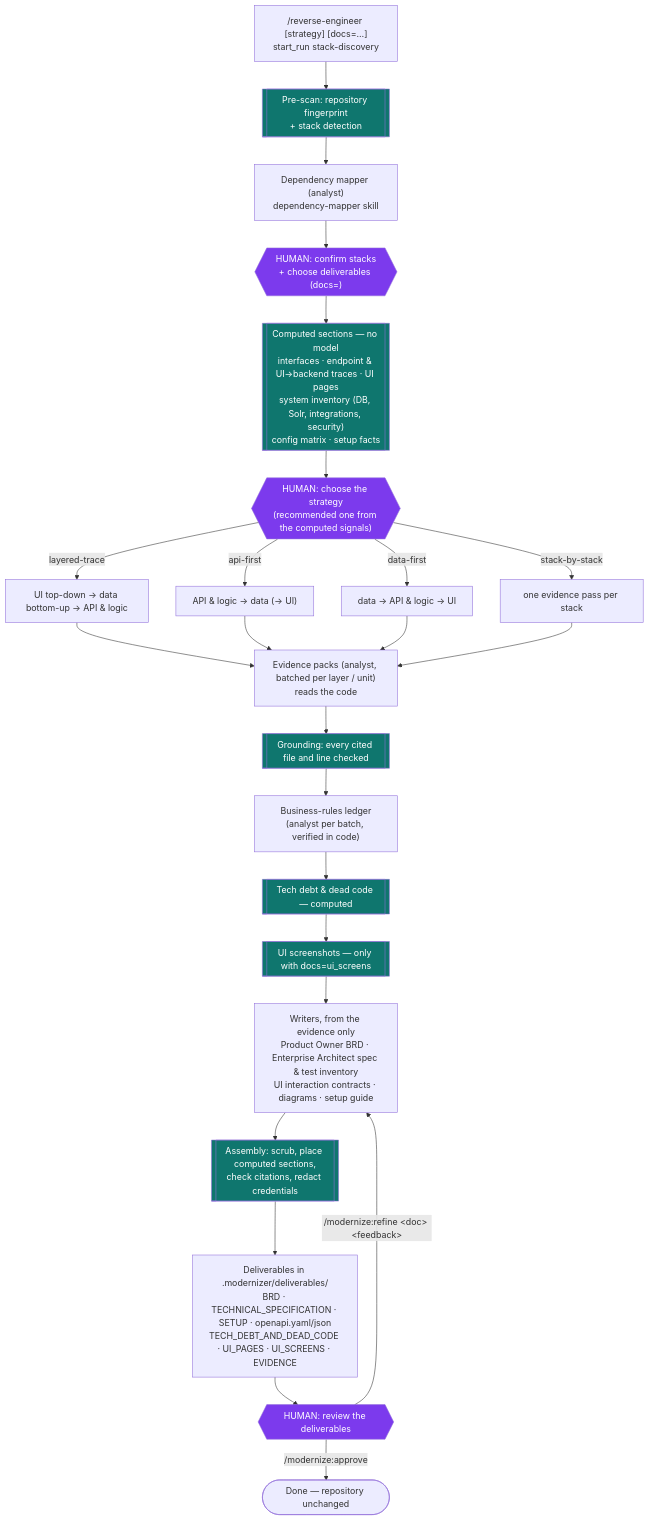
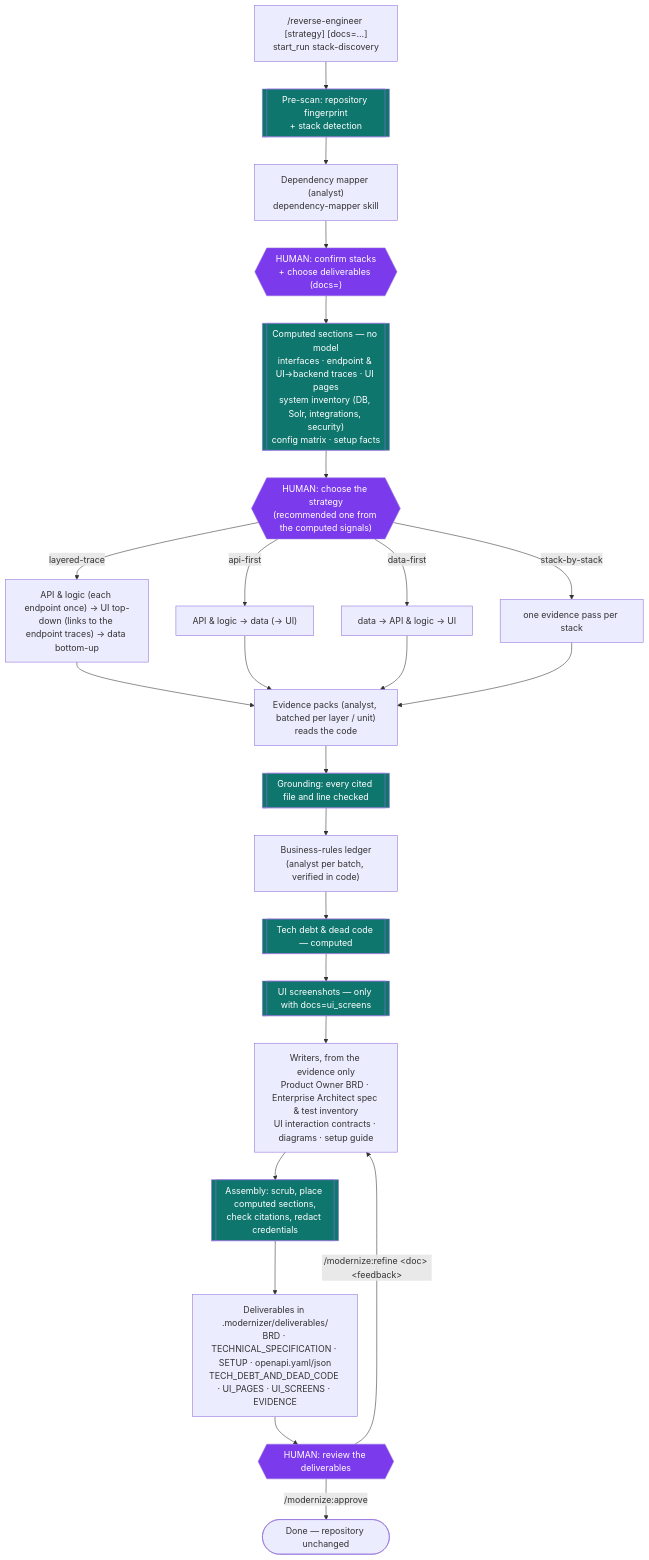
One commit to Sugeesh-suresh/app-modernizer changed the third of 4 diagrams in README.md. Above: the diagram before and after it, drawn with Mermaid. The commit also changed other lines of this file and 9 other files, not shown here.

First line of the commit message:
Layered trace: trace each endpoint once, UI pass links to it

````diff
--- a/README.md
+++ b/README.md
@@ -366,35 +366,35 @@
 ```mermaid
 flowchart TD
     START["/reverse-engineer [strategy] [docs=…]<br/>start_run stack-discovery"] --> PRE[[Pre-scan: repository fingerprint<br/>+ stack detection]]
     PRE --> MAP["Dependency mapper (analyst)<br/>dependency-mapper skill"]
     MAP --> G1{{"HUMAN: confirm stacks<br/>+ choose deliverables (docs=)"}}
     G1 --> COMP[["Computed sections — no model<br/>interfaces · endpoint & UI→backend traces · UI pages<br/>system inventory (DB, Solr, integrations, security)<br/>config matrix · setup facts"]]
     COMP --> G2{{"HUMAN: choose the strategy<br/>(recommended one from the computed signals)"}}
 
-    G2 -->|layered-trace| L1["UI top-down → data bottom-up → API & logic"]
+    G2 -->|layered-trace| L1["API & logic (each endpoint once) → UI top-down (links to the endpoint traces) → data bottom-up"]
     G2 -->|api-first| L2["API & logic → data (→ UI)"]
     G2 -->|data-first| L3["data → API & logic → UI"]
     G2 -->|stack-by-stack| L4["one evidence pass per stack"]
     L1 & L2 & L3 & L4 --> EV["Evidence packs (analyst, batched per layer / unit)<br/>reads the code"]
 
     EV --> GR[[Grounding: every cited file and line checked]]
     GR --> RULES["Business-rules ledger<br/>(analyst per batch, verified in code)"]
     RULES --> HEALTH[[Tech debt & dead code — computed]]
     HEALTH --> SHOT[[UI screenshots — only with docs=ui_screens]]
     SHOT --> WR["Writers, from the evidence only<br/>Product Owner BRD · Enterprise Architect spec & test inventory<br/>UI interaction contracts · diagrams · setup guide"]
     WR --> ASM[[Assembly: scrub, place computed sections,<br/>check citations, redact credentials]]
     ASM --> OUT["Deliverables in .modernizer/deliverables/<br/>BRD · TECHNICAL_SPECIFICATION · SETUP · openapi.yaml/json<br/>TECH_DEBT_AND_DEAD_CODE · UI_PAGES · UI_SCREENS · EVIDENCE"]
     OUT --> G3{{"HUMAN: review the deliverables"}}
     G3 -->|"/modernize:refine &lt;doc&gt; &lt;feedback&gt;"| WR
     G3 -->|/modernize:approve| DONE([Done — repository unchanged])
 
     style G1 fill:#7c3aed,color:#fff
     style G2 fill:#7c3aed,color:#fff
     style G3 fill:#7c3aed,color:#fff
     style PRE fill:#0f766e,color:#fff
     style COMP fill:#0f766e,color:#fff
     style GR fill:#0f766e,color:#fff
     style HEALTH fill:#0f766e,color:#fff
     style SHOT fill:#0f766e,color:#fff
     style ASM fill:#0f766e,color:#fff
 ```
````
